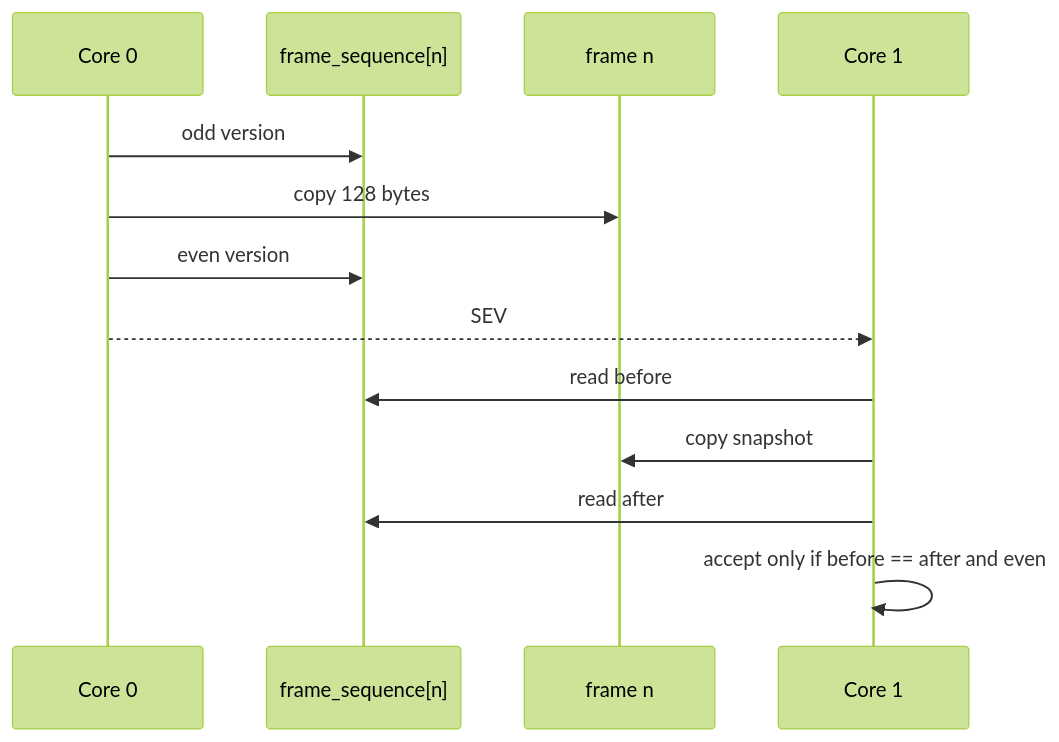
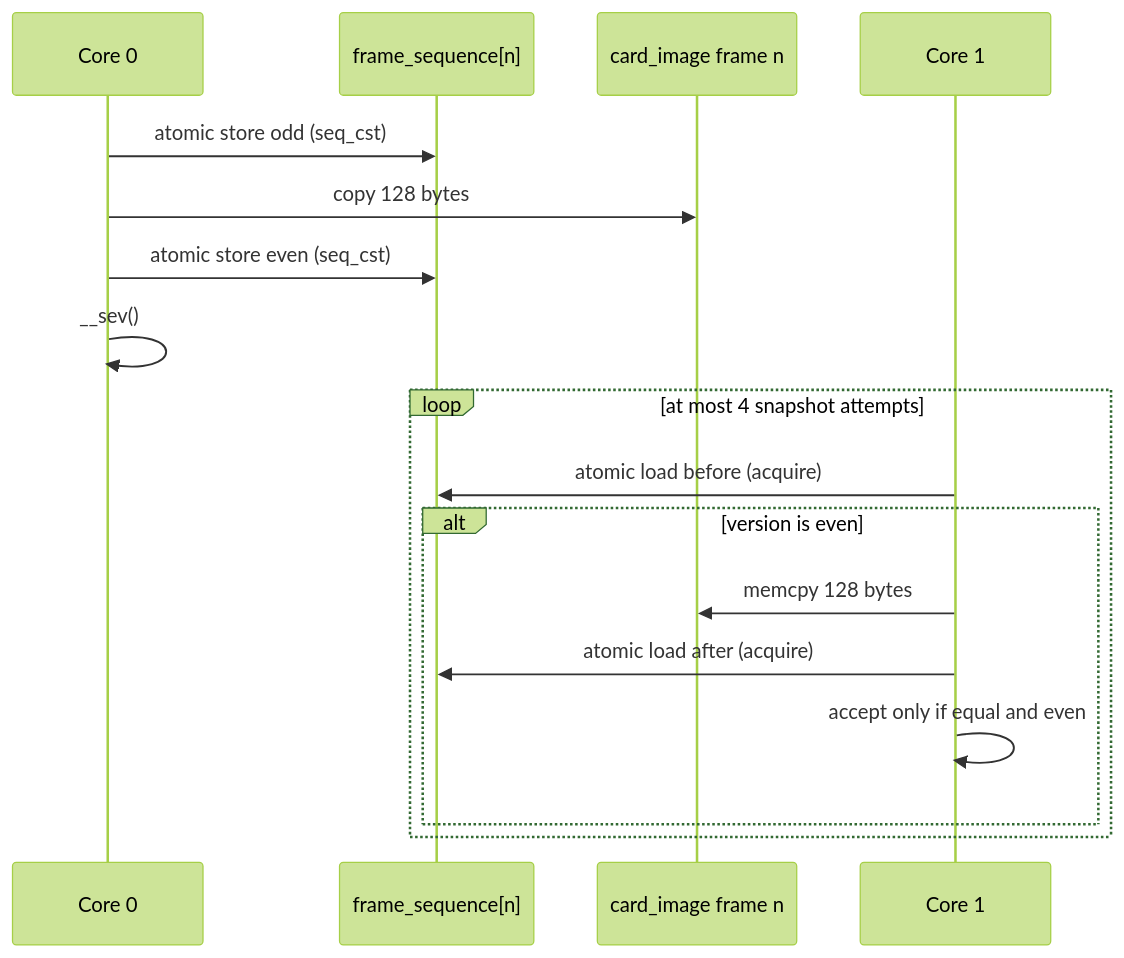
One commit to Blachovsky/PS-microCard changed the first of 2 diagrams in docs/concurrency.md. Above: the diagram before and after it, drawn with Mermaid (forest theme). The commit also changed other lines of this file and 8 other files, not shown here.

````diff
--- a/docs/concurrency.md
+++ b/docs/concurrency.md
@@ -41,16 +38,21 @@
 ```mermaid
 sequenceDiagram
     participant C0 as Core 0
-    participant V as frame_sequence[n]
-    participant RAM as frame n
+    participant SEQ as frame_sequence[n]
+    participant RAM as card_image frame n
     participant C1 as Core 1
 
-    C0->>V: odd version
+    C0->>SEQ: atomic store odd (seq_cst)
     C0->>RAM: copy 128 bytes
-    C0->>V: even version
-    C0-->>C1: SEV
-    C1->>V: read before
-    C1->>RAM: copy snapshot
-    C1->>V: read after
-    C1->>C1: accept only if before == after and even
+    C0->>SEQ: atomic store even (seq_cst)
+    C0->>C0: __sev()
+
+    loop at most 4 snapshot attempts
+        C1->>SEQ: atomic load before (acquire)
+        alt version is even
+            C1->>RAM: memcpy 128 bytes
+            C1->>SEQ: atomic load after (acquire)
+            C1->>C1: accept only if equal and even
+        end
+    end
 ```
````
